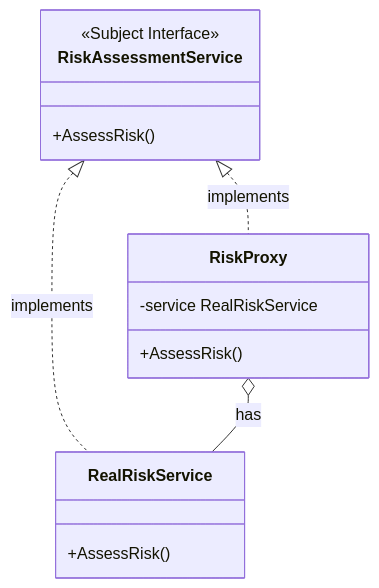
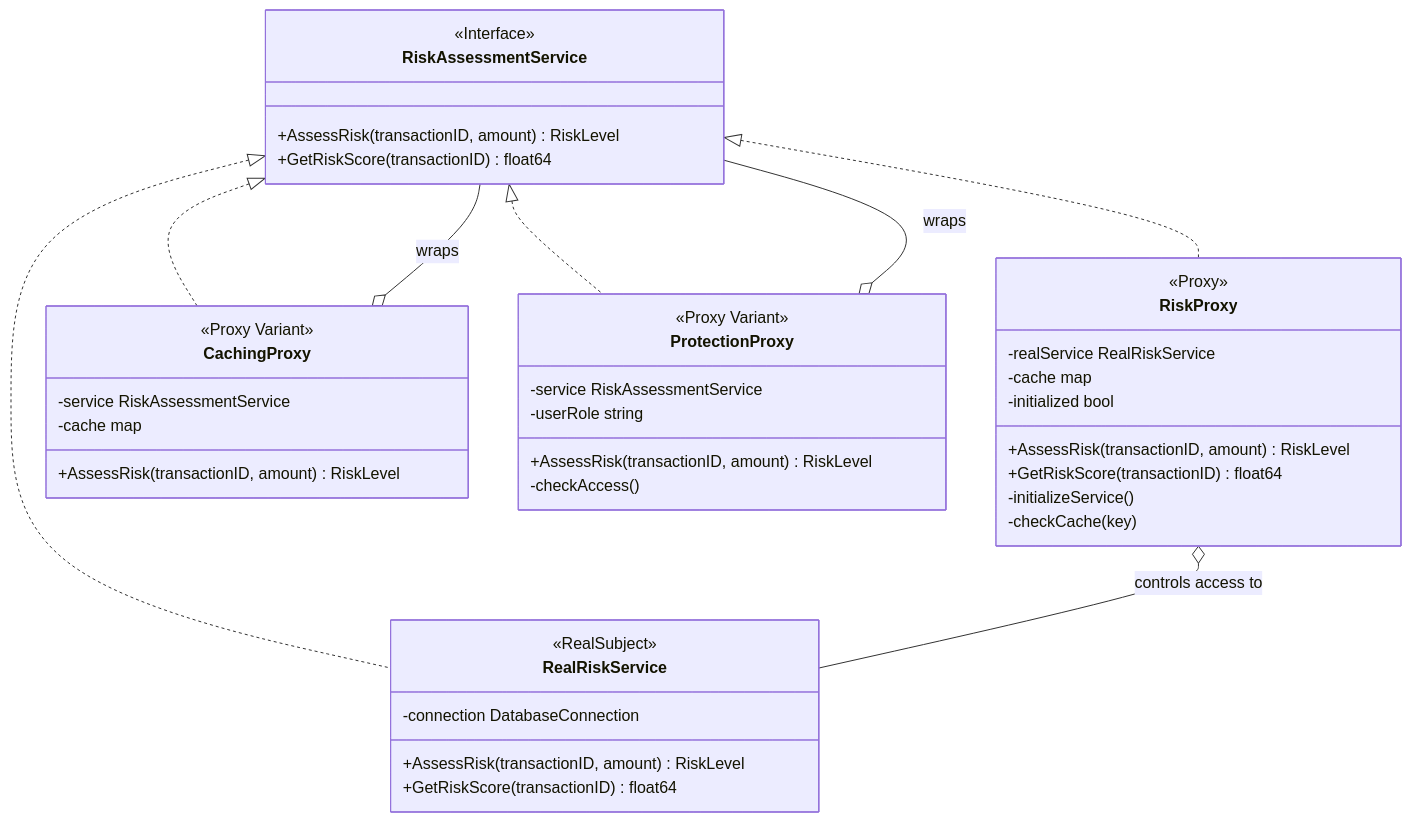
One commit to JoshuaPangaribuan/design-pattern-go changed the first of 2 diagrams in structural/proxy/README.md. Above: the diagram before and after it, drawn with Mermaid. The commit also changed other lines of this file and 23 other files, not shown here.

Commit message:
feat: add more diagrams

````diff
--- a/structural/proxy/README.md
+++ b/structural/proxy/README.md
@@ -24,18 +26,45 @@
 ```mermaid
 classDiagram
     class RiskAssessmentService {
-        <<Subject Interface>>
-        +AssessRisk()
+        <<Interface>>
+        +AssessRisk(transactionID, amount) RiskLevel
+        +GetRiskScore(transactionID) float64
     }
     class RealRiskService {
-        +AssessRisk()
+        <<RealSubject>>
+        -connection DatabaseConnection
+        +AssessRisk(transactionID, amount) RiskLevel
+        +GetRiskScore(transactionID) float64
     }
     class RiskProxy {
-        -service RealRiskService
-        +AssessRisk()
+        <<Proxy>>
+        -realService RealRiskService
+        -cache map
+        -initialized bool
+        +AssessRisk(transactionID, amount) RiskLevel
+        +GetRiskScore(transactionID) float64
+        -initializeService()
+        -checkCache(key)
+    }
+    class CachingProxy {
+        <<Proxy Variant>>
+        -service RiskAssessmentService
+        -cache map
+        +AssessRisk(transactionID, amount) RiskLevel
+    }
+    class ProtectionProxy {
+        <<Proxy Variant>>
+        -service RiskAssessmentService
+        -userRole string
+        +AssessRisk(transactionID, amount) RiskLevel
+        -checkAccess()
     }
     
-    RiskAssessmentService <|.. RealRiskService : implements
-    RiskAssessmentService <|.. RiskProxy : implements
-    RiskProxy o-- RealRiskService : has
+    RiskAssessmentService <|.. RealRiskService
+    RiskAssessmentService <|.. RiskProxy
+    RiskAssessmentService <|.. CachingProxy
+    RiskAssessmentService <|.. ProtectionProxy
+    RiskProxy o-- RealRiskService : controls access to
+    CachingProxy o-- RiskAssessmentService : wraps
+    ProtectionProxy o-- RiskAssessmentService : wraps
 ```
````
